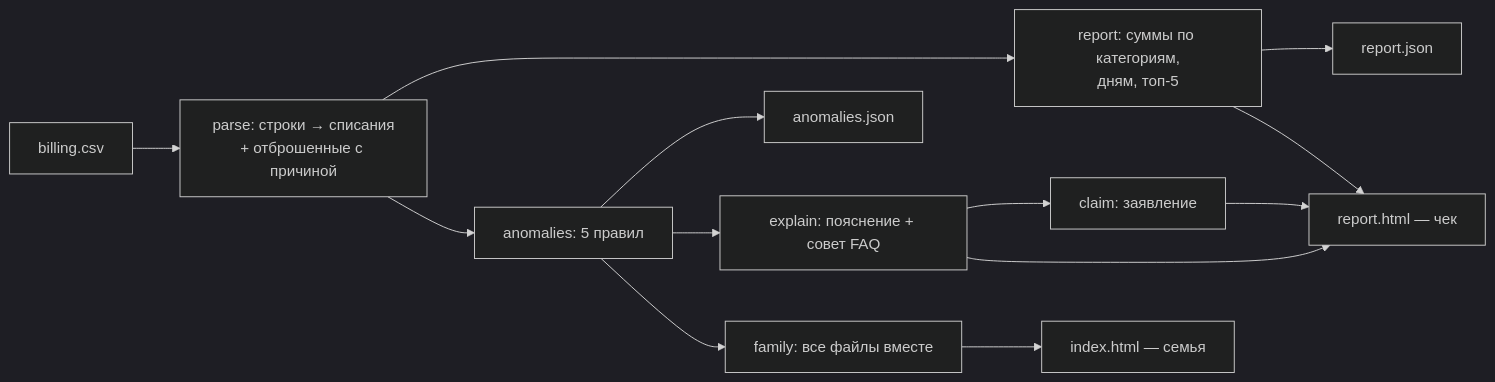
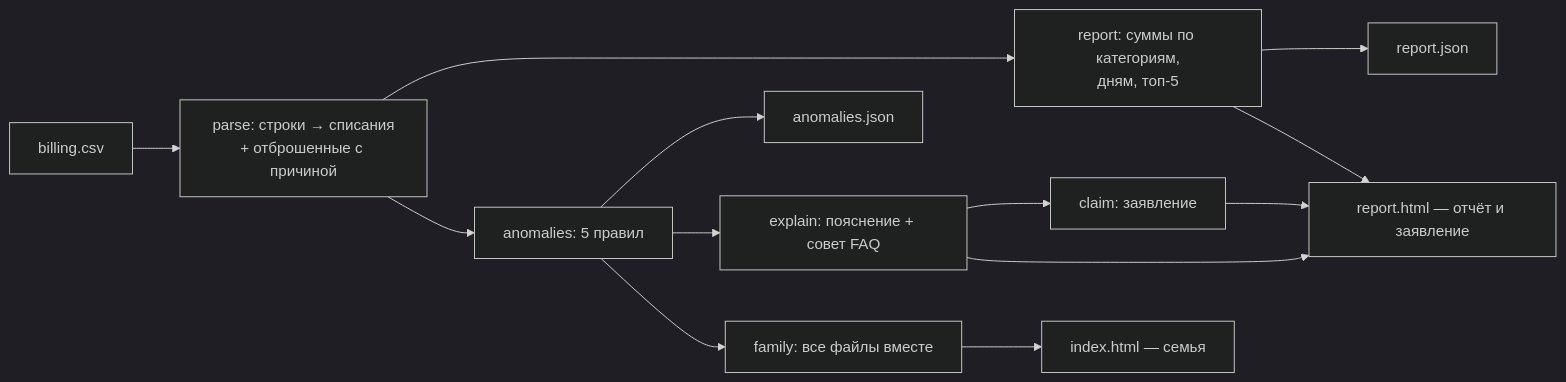
One commit to KUMA-ORIGINAL/inai-billing-check changed the diagram in docs/how-it-works.md. Above: the diagram before and after it, drawn with Mermaid (dark theme). The commit also changed other lines of this file and 11 other files, not shown here.

````diff
--- a/docs/how-it-works.md
+++ b/docs/how-it-works.md
@@ -5,13 +5,13 @@
 ```mermaid
 flowchart LR
     A[billing.csv] --> B[parse: строки → списания<br>+ отброшенные с причиной]
     B --> C[report: суммы по категориям,<br>дням, топ-5]
     B --> D[anomalies: 5 правил]
     C --> E[report.json]
     D --> F[anomalies.json]
     D --> G[explain: пояснение + совет FAQ]
     G --> H[claim: заявление]
-    C & G & H --> I[report.html — чек]
+    C & G & H --> I[report.html — отчёт и заявление]
     D --> J[family: все файлы вместе]
     J --> K[index.html — семья]
 ```
````
